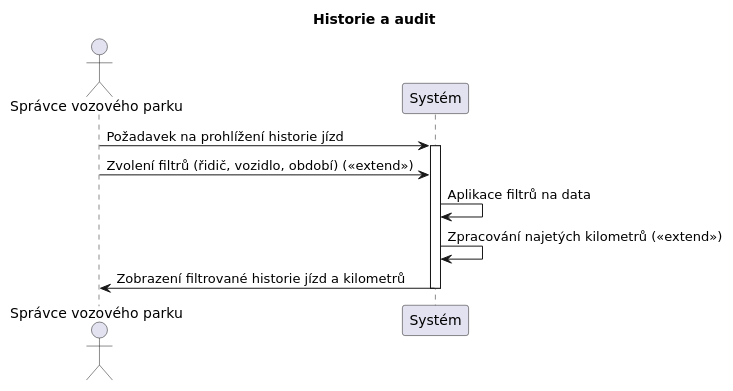
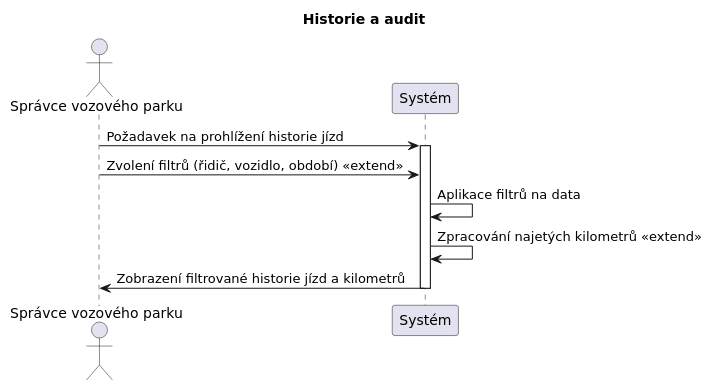
Before and after one commit to Sosto1/Car-side: the diagram in diagrams/sekvencni/Sekvencni_historieAudit.puml, drawn with PlantUML. The commit also changed other lines of this file and 17 other files, not shown here.

```diff
--- a/diagrams/sekvencni/Sekvencni_historieAudit.puml
+++ b/diagrams/sekvencni/Sekvencni_historieAudit.puml
@@ -1,15 +1,49 @@
 @startuml
 skinparam defaultFontName "DejaVu Sans"
+
+' ============================================================
+' Diagram: Historie a audit
+' ============================================================
+' Ucel:
+'   Zobrazeni historie jizd a auditnich zaznamu s moznosti
+'   filtrovani dle ridice, vozidla nebo casoveho obdobi.
+'
+' Akteri:
+'   - Spravce vozoveho parku: initiuje pozadavek, zadava filtry
+'   - System: aplikuje filtry, pocita kilometry, vraci vysledky
+'
+' Hlavni tok:
+'   1. Spravce odesle pozadavek na prohledavani historie jizd.
+'   2. Spravce muze volitelne zadat filtry <<extend>>:
+'      - Dle ridice (email / jmeno)
+'      - Dle vozidla (SPZ / ID)
+'      - Dle casoveho obdobi (od – do)
+'   3. System aplikuje filtry na ulozena data.
+'   4. System zpracuje a vypocita najete kilometry <<extend>>.
+'   5. System zobrazi vyslednou filtrovaneho historii a kilometry
+'      spravci.
+' ============================================================
+
 title Historie a audit
 
 actor "Správce vozového parku" as Manager
 participant "Systém" as Sys
 
+' KROK 1: Spravce iniciuje prohlizeni historie
 Manager -> Sys: Požadavek na prohlížení historie jízd
 activate Sys
-Manager -> Sys: Zvolení filtrů (řidič, vozidlo, období) (<<extend>>)
+
+' KROK 2 (<<extend>>): Volitelne filtrovani – ridic, vozidlo, obdobi
+Manager -> Sys: Zvolení filtrů (řidič, vozidlo, období) <<extend>>
+
+' KROK 3: System aplikuje zadane filtry na databazi zaznamu
 Sys -> Sys: Aplikace filtrů na data
-Sys -> Sys: Zpracování najetých kilometrů (<<extend>>)
+
+' KROK 4 (<<extend>>): System vypocita najete kilometry z filtrovanych dat
+Sys -> Sys: Zpracování najetých kilometrů <<extend>>
+
+' KROK 5: System vraci vysledky spravci
 Sys -> Manager: Zobrazení filtrované historie jízd a kilometrů
 deactivate Sys
+
 @enduml
```
